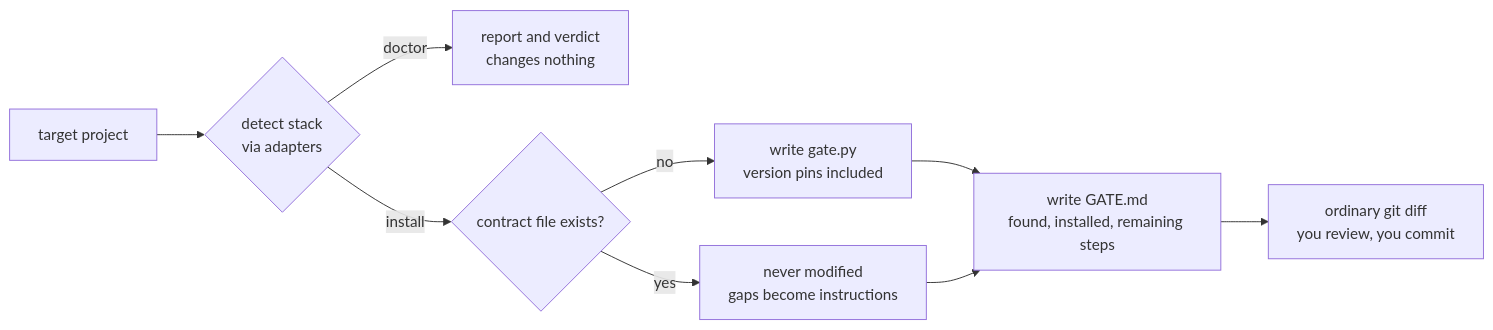
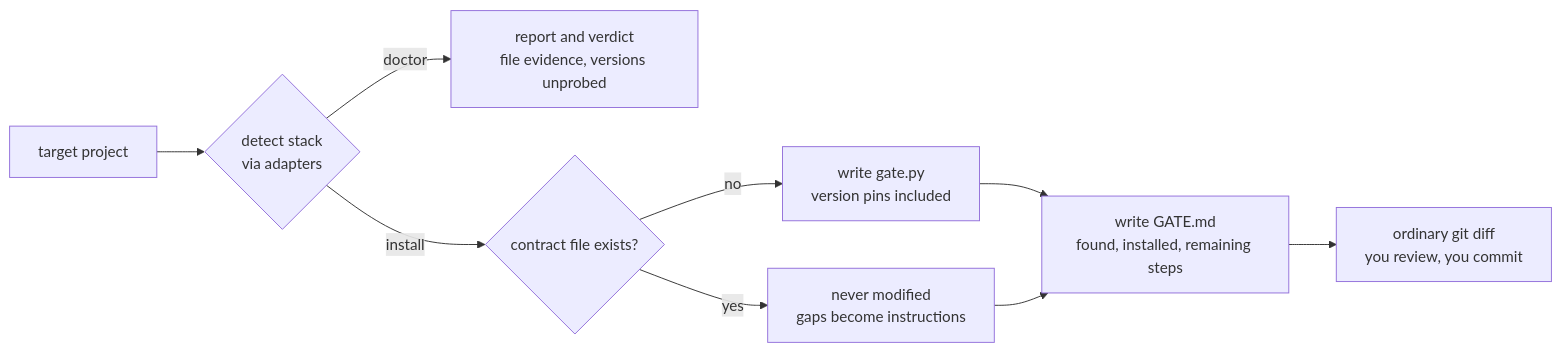
One commit to jamesdwilson/james-opinionated-llm-development-framework changed the fourth of 5 diagrams in quality-gate/README.md. Above: the diagram before and after it, drawn with Mermaid. The commit also changed other lines of this file and 7 other files, not shown here.

````diff
--- a/quality-gate/README.md
+++ b/quality-gate/README.md
@@ -190,11 +229,11 @@
 ```mermaid
 flowchart LR
     T["target project"] --> A{"detect stack<br/>via adapters"}
-    A -->|doctor| R["report and verdict<br/>changes nothing"]
+    A -->|doctor| R["report and verdict<br/>file evidence, versions unprobed"]
     A -->|install| G{"contract file exists?"}
     G -->|yes| N["never modified<br/>gaps become instructions"]
     G -->|no| W["write gate.py<br/>version pins included"]
     W --> M["write GATE.md<br/>found, installed, remaining steps"]
     N --> M
     M --> D["ordinary git diff<br/>you review, you commit"]
 ```
````
